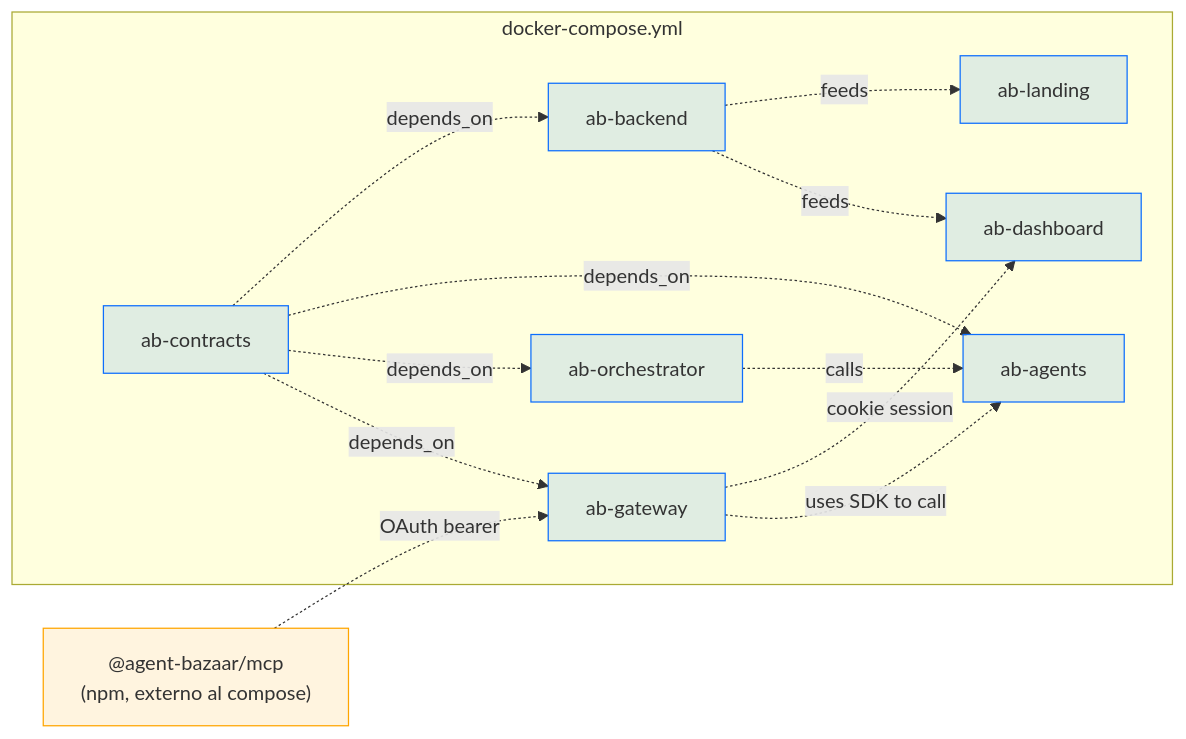
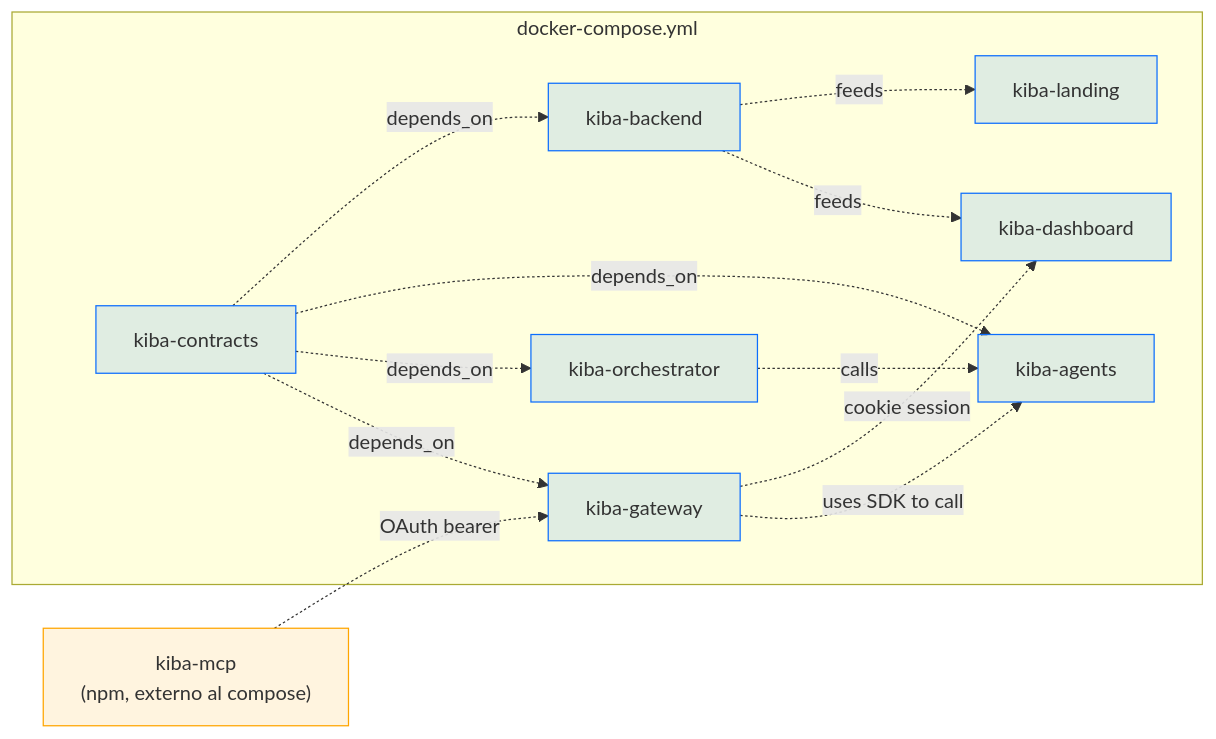
One commit to CoKeFish/kiba changed the third of 11 diagrams in docs/architecture.md. Above: the diagram before and after it, drawn with Mermaid. The commit also changed other lines of this file and 94 other files, not shown here.

First line of the commit message:
chore: rebrand agent-bazaar → kiba across the monorepo

````diff
--- a/docs/architecture.md
+++ b/docs/architecture.md
@@ -155,32 +155,32 @@
 ```mermaid
 graph LR
     subgraph compose["docker-compose.yml"]
-        contracts[ab-contracts]
-        backend[ab-backend]
-        landing[ab-landing]
-        dashboard[ab-dashboard]
-        agents[ab-agents]
-        orch[ab-orchestrator]
-        gateway[ab-gateway]
+        contracts[kiba-contracts]
+        backend[kiba-backend]
+        landing[kiba-landing]
+        dashboard[kiba-dashboard]
+        agents[kiba-agents]
+        orch[kiba-orchestrator]
+        gateway[kiba-gateway]
     end
 
-    npm["@agent-bazaar/mcp<br/>(npm, externo al compose)"]
+    npm["kiba-mcp<br/>(npm, externo al compose)"]
 
     contracts -.depends_on.-> backend
     contracts -.depends_on.-> agents
     contracts -.depends_on.-> orch
     contracts -.depends_on.-> gateway
 
     backend -.feeds.-> landing
     backend -.feeds.-> dashboard
     gateway -.cookie session.-> dashboard
     orch -.calls.-> agents
     gateway -.uses SDK to call.-> agents
     npm -.OAuth bearer.-> gateway
 
     classDef container fill:#0d6efd20,stroke:#0d6efd
     classDef external fill:#FFA50020,stroke:#FFA500
 
     class contracts,backend,landing,dashboard,agents,orch,gateway container
     class npm external
 ```
````
